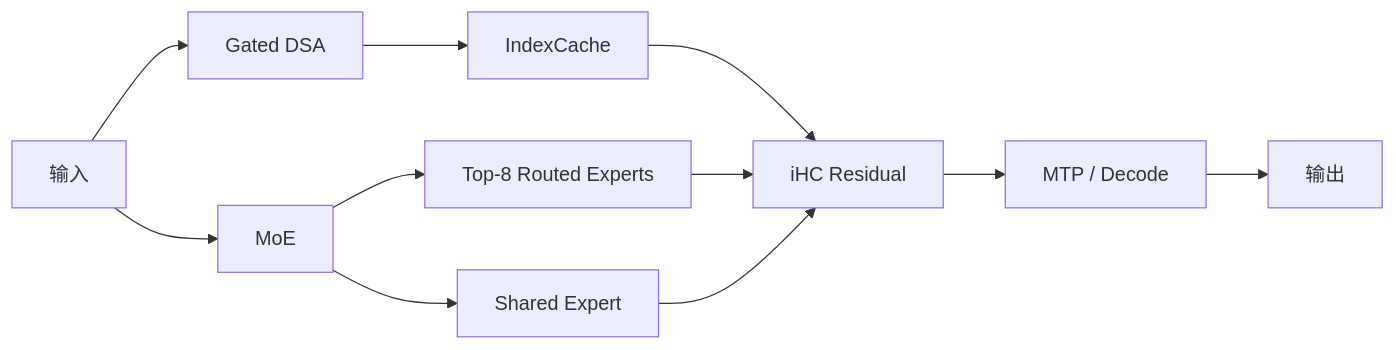
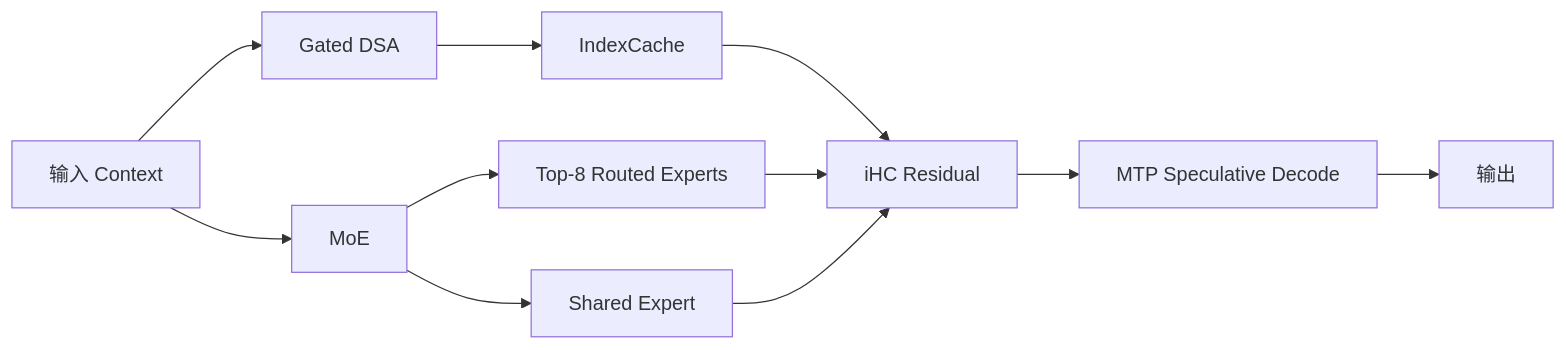
Before and after one commit to wlf186/ai-daily-headlines: the third of 20 diagrams in 260829.md, drawn with Mermaid. The commit also changed other lines of this file, not shown here.

````diff
--- a/260829.md
+++ b/260829.md
@@ -135,13 +135,13 @@
 ```mermaid
 flowchart LR
-    H1[输入] --> H2[Gated DSA]
+    H1[输入 Context] --> H2[Gated DSA]
     H2 --> H3[IndexCache]
     H1 --> H4[MoE]
     H4 --> H5[Top-8 Routed Experts]
     H4 --> H6[Shared Expert]
     H3 --> H7[iHC Residual]
     H5 --> H7
     H6 --> H7
-    H7 --> H8[MTP / Decode]
+    H7 --> H8[MTP Speculative Decode]
     H8 --> H9[输出]
 ```
````
